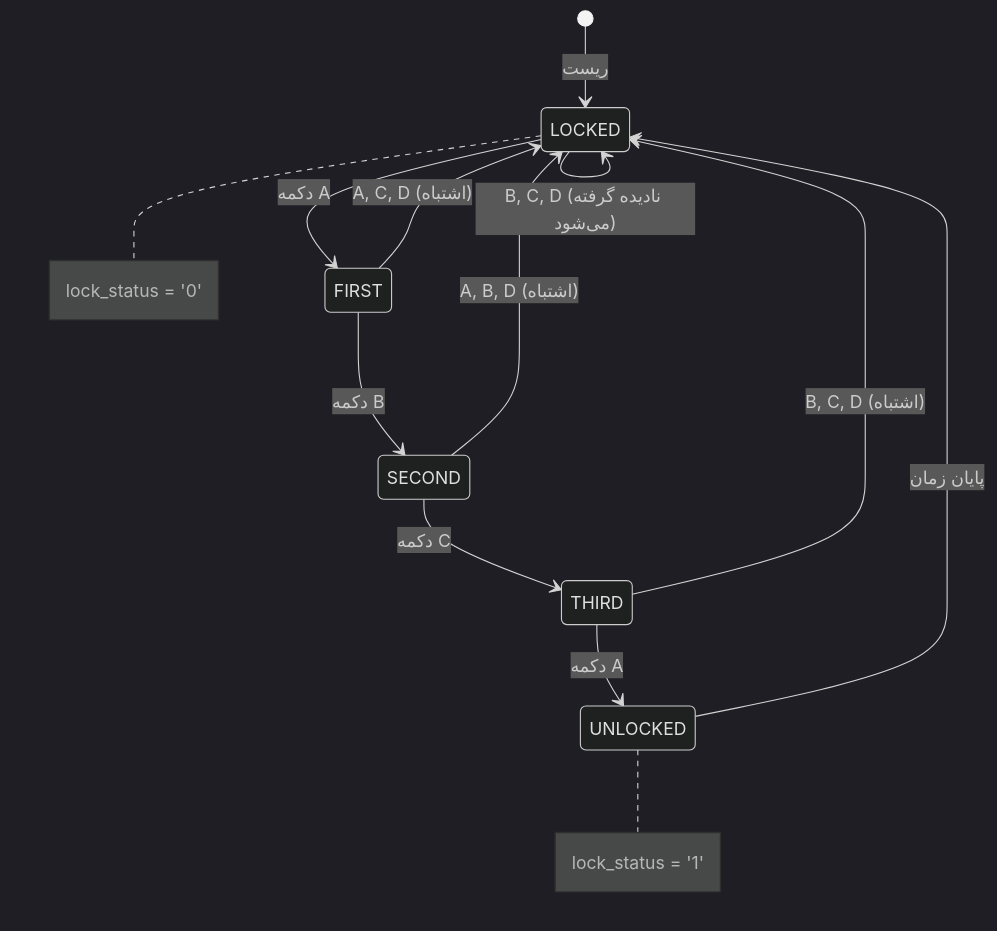
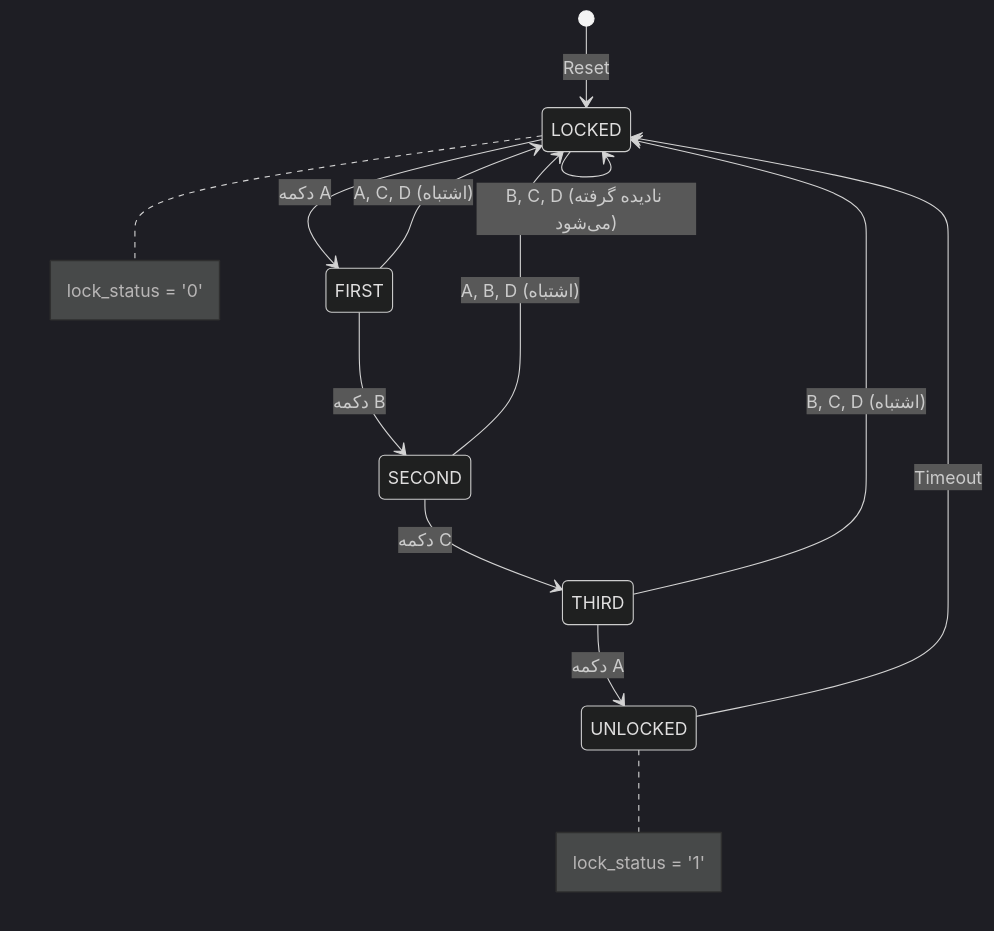
The first of 2 diagrams in README-fa.md (milad-afkhami/pattern-based-digital-lock), drawn with Mermaid (dark theme) before and after one commit. The commit also changed other lines of this file and 9 other files, not shown here.

````diff
--- a/README-fa.md
+++ b/README-fa.md
@@ -177,21 +177,21 @@
 ```mermaid
 stateDiagram-v2
-    [*] --> LOCKED: ریست
+    [*] --> LOCKED: Reset
 
     LOCKED --> FIRST: دکمه A
     LOCKED --> LOCKED: B, C, D (نادیده گرفته می‌شود)
 
     FIRST --> SECOND: دکمه B
     FIRST --> LOCKED: A, C, D (اشتباه)
 
     SECOND --> THIRD: دکمه C
     SECOND --> LOCKED: A, B, D (اشتباه)
 
     THIRD --> UNLOCKED: دکمه A
     THIRD --> LOCKED: B, C, D (اشتباه)
 
-    UNLOCKED --> LOCKED: پایان زمان
+    UNLOCKED --> LOCKED: Timeout
 
     note right of LOCKED: lock_status = '0'
     note right of UNLOCKED: lock_status = '1'
 ```
````
